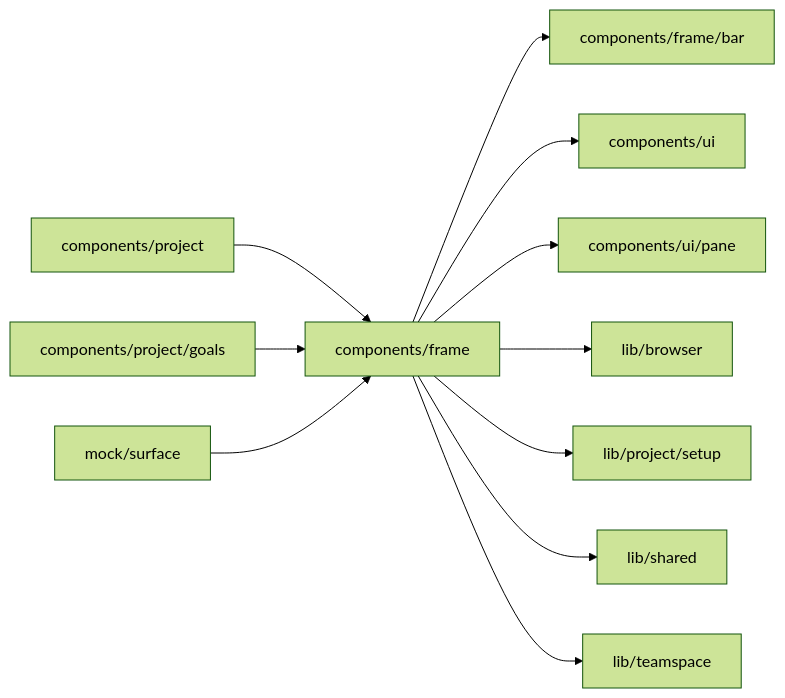
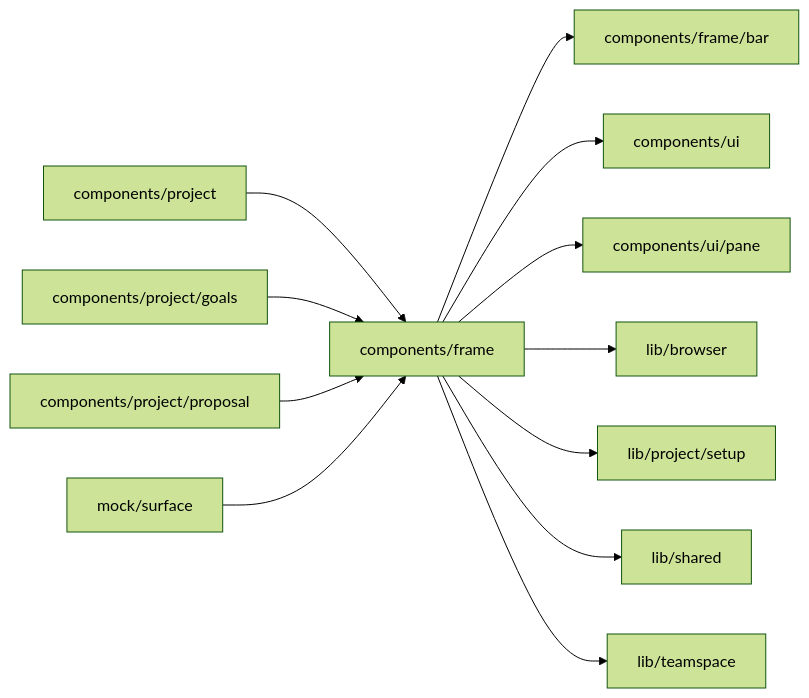
One commit to superdurable/superverse changed the diagram in web/studio/components/frame/README.md. Above: the diagram before and after it, drawn with Mermaid (forest theme). The commit also changed other lines of this file and 226 other files, not shown here.

````diff
--- a/web/studio/components/frame/README.md
+++ b/web/studio/components/frame/README.md
@@ -10,14 +10,15 @@
 ```mermaid
 flowchart LR
   self["components/frame"]
   c0["components/project"] --> self
   c1["components/project/goals"] --> self
-  c2["mock/surface"] --> self
+  c2["components/project/proposal"] --> self
+  c3["mock/surface"] --> self
   self --> d0["components/frame/bar"]
   self --> d1["components/ui"]
   self --> d2["components/ui/pane"]
   self --> d3["lib/browser"]
   self --> d4["lib/project/setup"]
   self --> d5["lib/shared"]
   self --> d6["lib/teamspace"]
 ```
````
